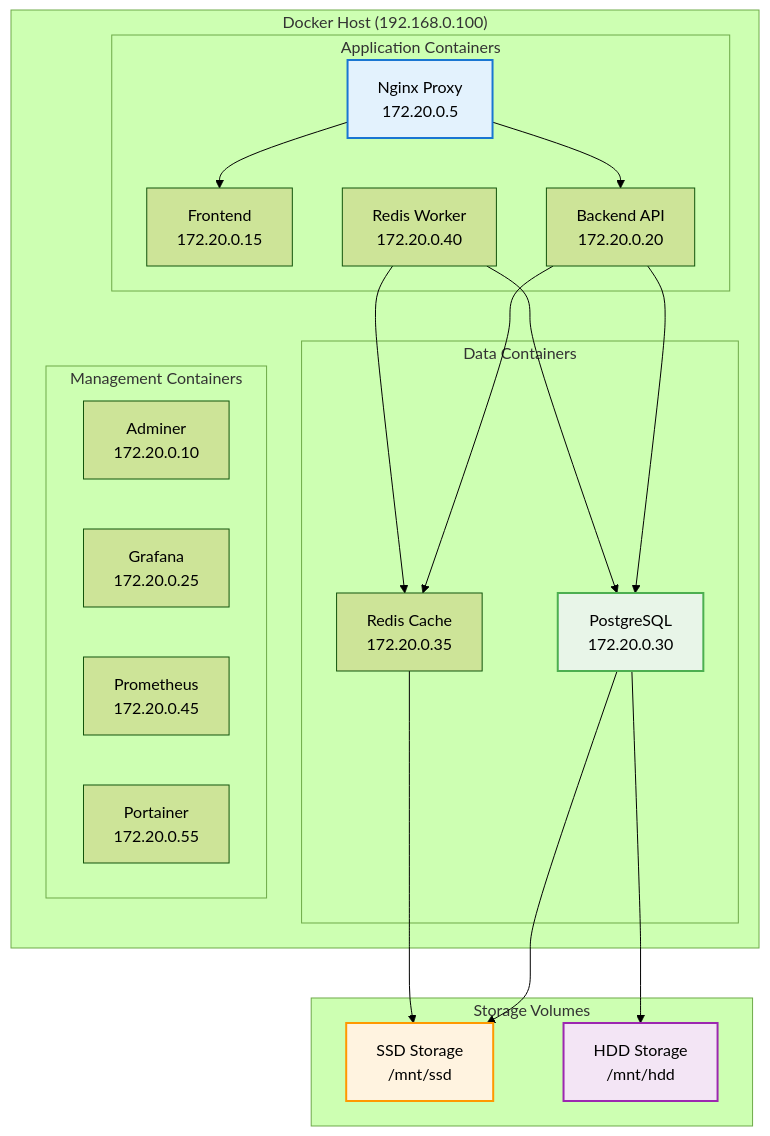
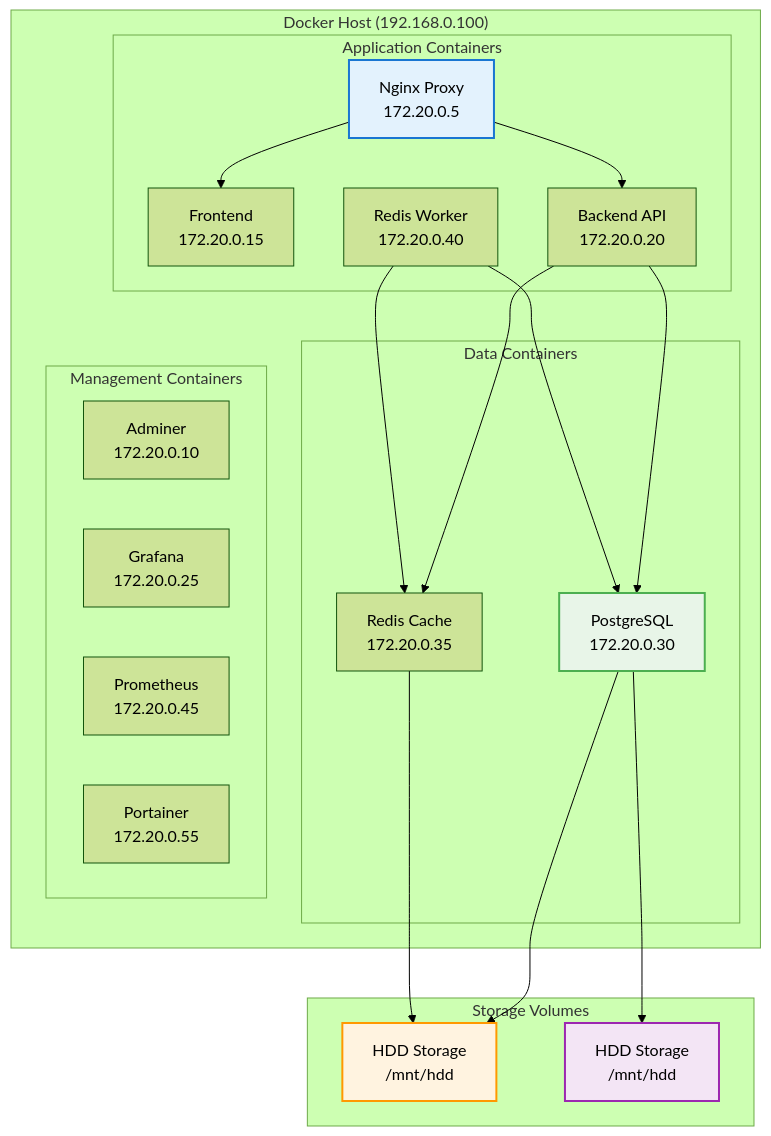
The diagram in docs/docs/installation/docker.md (rcdelacruz/prs-prod-workplan), drawn with Mermaid (forest theme) before and after one commit. The commit also changed other lines of this file and 78 other files, not shown here.

````diff
--- a/docs/docs/installation/docker.md
+++ b/docs/docs/installation/docker.md
@@ -9,44 +9,44 @@
 ```mermaid
 graph TB
     subgraph "Docker Host (192.168.0.100)"
         subgraph "Application Containers"
             NGINX[Nginx Proxy<br/>172.20.0.5]
             FRONTEND[Frontend<br/>172.20.0.15]
             BACKEND[Backend API<br/>172.20.0.20]
             WORKER[Redis Worker<br/>172.20.0.40]
         end
         
         subgraph "Data Containers"
             POSTGRES[PostgreSQL<br/>172.20.0.30]
             REDIS[Redis Cache<br/>172.20.0.35]
         end
         
         subgraph "Management Containers"
             ADMINER[Adminer<br/>172.20.0.10]
             GRAFANA[Grafana<br/>172.20.0.25]
             PROMETHEUS[Prometheus<br/>172.20.0.45]
             PORTAINER[Portainer<br/>172.20.0.55]
         end
     end
     
     subgraph "Storage Volumes"
-        SSD[SSD Storage<br/>/mnt/ssd]
+        SSD[HDD Storage<br/>/mnt/hdd]
         HDD[HDD Storage<br/>/mnt/hdd]
     end
     
     NGINX --> FRONTEND
     NGINX --> BACKEND
     BACKEND --> POSTGRES
     BACKEND --> REDIS
     WORKER --> POSTGRES
     WORKER --> REDIS
     
     POSTGRES --> SSD
     POSTGRES --> HDD
     REDIS --> SSD
     
     style NGINX fill:#e3f2fd,stroke:#1976d2,stroke-width:2px
     style POSTGRES fill:#e8f5e8,stroke:#4caf50,stroke-width:2px
     style SSD fill:#fff3e0,stroke:#ff9800,stroke-width:2px
     style HDD fill:#f3e5f5,stroke:#9c27b0,stroke-width:2px
 ```
````
